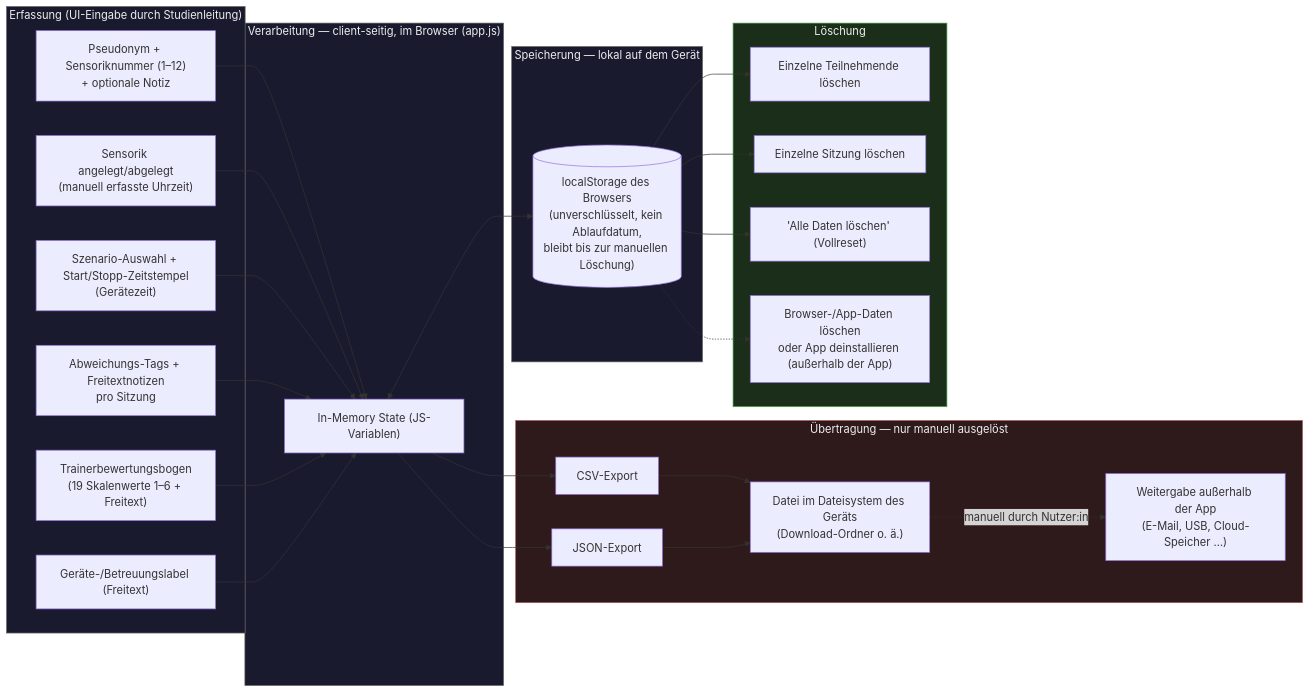
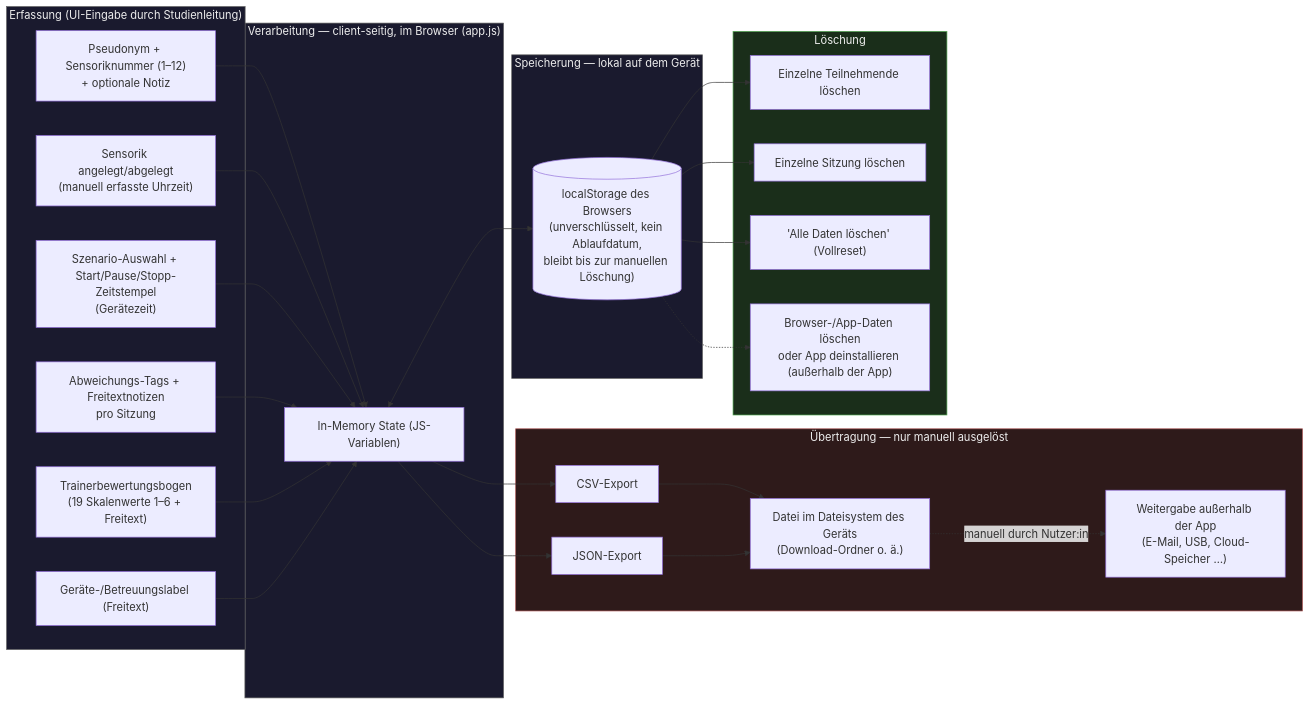
Before and after one commit to MStem911/StudyLog-V2: the diagram in docs/DATENFLUSS.md, drawn with Mermaid. The commit also changed other lines of this file and 6 other files, not shown here.

````diff
--- a/docs/DATENFLUSS.md
+++ b/docs/DATENFLUSS.md
@@ -26,50 +26,50 @@
 ```mermaid
 flowchart LR
     subgraph Input["Erfassung (UI-Eingabe durch Studienleitung)"]
         I1["Pseudonym + Sensoriknummer (1–12)<br/>+ optionale Notiz"]
         I2["Sensorik angelegt/abgelegt<br/>(manuell erfasste Uhrzeit)"]
-        I3["Szenario-Auswahl + Start/Stopp-Zeitstempel<br/>(Gerätezeit)"]
+        I3["Szenario-Auswahl + Start/Pause/Stopp-Zeitstempel<br/>(Gerätezeit)"]
         I4["Abweichungs-Tags + Freitextnotizen<br/>pro Sitzung"]
         I5["Trainerbewertungsbogen<br/>(19 Skalenwerte 1–6 + Freitext)"]
         I6["Geräte-/Betreuungslabel (Freitext)"]
     end
 
     subgraph Process["Verarbeitung — client-seitig, im Browser (app.js)"]
         P1["In-Memory State (JS-Variablen)"]
     end
 
     subgraph Storage["Speicherung — lokal auf dem Gerät"]
         S1[("localStorage des Browsers<br/>(unverschlüsselt, kein Ablaufdatum,<br/>bleibt bis zur manuellen Löschung)")]
     end
 
     subgraph Transfer["Übertragung — nur manuell ausgelöst"]
         T1["CSV-Export"]
         T2["JSON-Export"]
         T3["Datei im Dateisystem des Geräts<br/>(Download-Ordner o. ä.)"]
         T4["Weitergabe außerhalb der App<br/>(E-Mail, USB, Cloud-Speicher …)"]
     end
 
     subgraph Delete["Löschung"]
         D1["Einzelne Teilnehmende löschen"]
         D2["Einzelne Sitzung löschen"]
         D3["'Alle Daten löschen' (Vollreset)"]
         D4["Browser-/App-Daten löschen<br/>oder App deinstallieren (außerhalb der App)"]
     end
 
     I1 & I2 & I3 & I4 & I5 & I6 --> P1
     P1 <--> S1
     P1 --> T1 --> T3
     P1 --> T2 --> T3
     T3 -.manuell durch Nutzer:in.-> T4
 
     S1 --> D1
     S1 --> D2
     S1 --> D3
     S1 -.-> D4
 
     style Input fill:#1a1a2e,stroke:#666,color:#eee
     style Process fill:#1a1a2e,stroke:#666,color:#eee
     style Storage fill:#1a1a2e,stroke:#666,color:#eee
     style Transfer fill:#2e1a1a,stroke:#a55,color:#eee
     style Delete fill:#1a2e1a,stroke:#5a5,color:#eee
 ```
````
